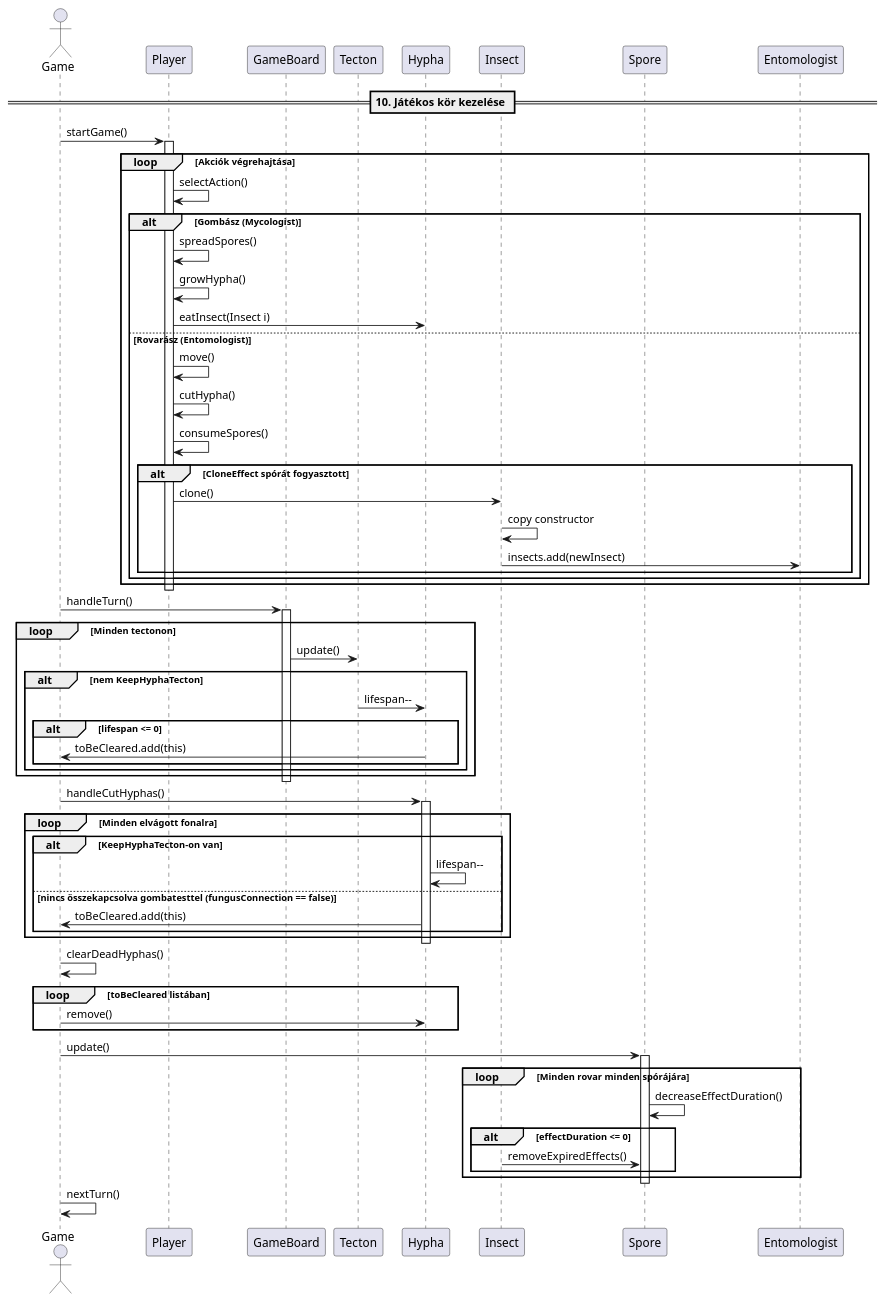
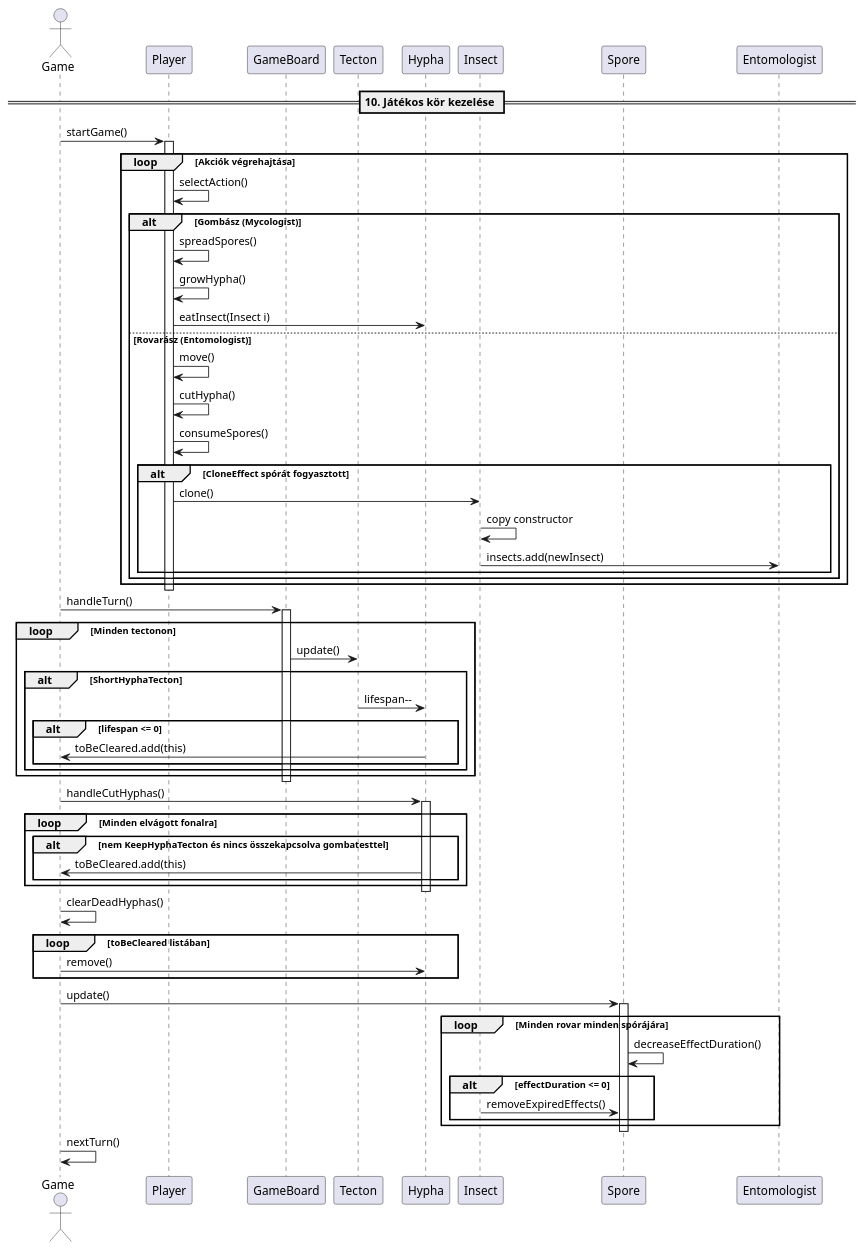
Before and after one commit to hujberhunor/SzomiSztegoProjlab: the diagram in docs/Sequence/Turn-kezeles.plantuml, drawn with PlantUML.

Commit message:
Turn-kezeles javítása

```diff
--- a/docs/Sequence/Turn-kezeles.plantuml
+++ b/docs/Sequence/Turn-kezeles.plantuml
@@ -1,77 +1,75 @@
 @startuml
 
 == 10. Játékos kör kezelése ==
 actor Game
 participant Player
 participant GameBoard
 participant Tecton
 participant Hypha
 participant Insect
 participant Spore
 
 Game -> Player: startGame()
 activate Player
 
 loop Akciók végrehajtása
     Player -> Player: selectAction()
     alt Gombász (Mycologist)
         Player -> Player: spreadSpores()
         Player -> Player: growHypha()
         Player -> Hypha: eatInsect(Insect i)
     else Rovarász (Entomologist)
         Player -> Player: move()
         Player -> Player: cutHypha()
         Player -> Player: consumeSpores()
         
         alt CloneEffect spórát fogyasztott
             Player -> Insect: clone()
             Insect -> Insect: copy constructor
             Insect -> Entomologist: insects.add(newInsect)
         end
     end
 end
 
 deactivate Player
 
 Game -> GameBoard: handleTurn()
 activate GameBoard
 loop Minden tectonon
     GameBoard -> Tecton: update()
-    alt nem KeepHyphaTecton
+    alt ShortHyphaTecton
         Tecton -> Hypha: lifespan--
         alt lifespan <= 0
             Hypha -> Game: toBeCleared.add(this)
         end
     end
 end
 deactivate GameBoard
 
 Game -> Hypha: handleCutHyphas()
 activate Hypha
 loop Minden elvágott fonalra
-    alt KeepHyphaTecton-on van
-        Hypha -> Hypha: lifespan--
-    else nincs összekapcsolva gombatesttel (fungusConnection == false)
+    alt nem KeepHyphaTecton és nincs összekapcsolva gombatesttel
         Hypha -> Game: toBeCleared.add(this)
     end
 end
 deactivate Hypha
 
 Game -> Game: clearDeadHyphas()
 loop toBeCleared listában
     Game -> Hypha: remove()
 end
 
 Game -> Spore: update()
 activate Spore
 loop Minden rovar minden spórájára
     Spore -> Spore: decreaseEffectDuration()
     alt effectDuration <= 0
         Insect -> Spore: removeExpiredEffects()
     end
 end
 deactivate Spore
 
 Game -> Game: nextTurn()
 
 @enduml
```
